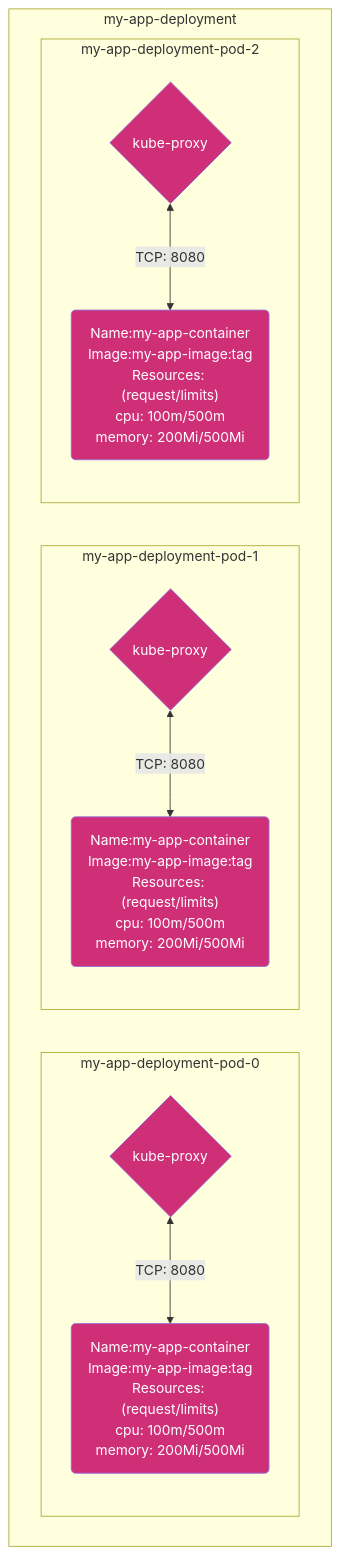
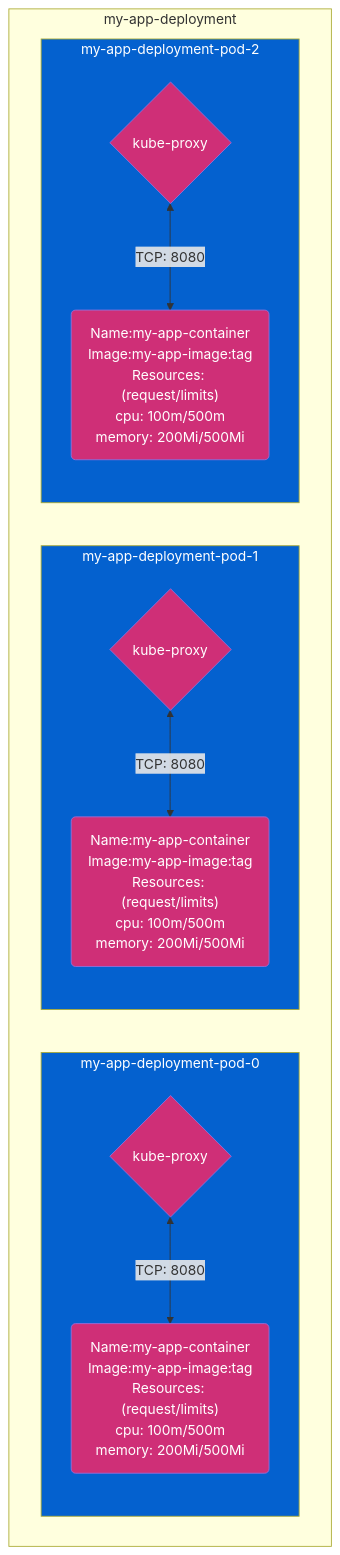
The first of 4 diagrams in README.md (TimRoos98/rendering), drawn with Mermaid before and after one commit.

````diff
--- a/README.md
+++ b/README.md
@@ -1,35 +1,38 @@
 ```mermaid
 flowchart TD
 subgraph my-app-deployment
 subgraph my-app-deployment-pod-0
+style my-app-deployment-pod-0 fill:#0461cf,color:#ffffff
 my-app-deployment-pod-0-proxy{kube-proxy}
 style my-app-deployment-pod-0-proxy fill:#cf2f77,color:#ffffff
 my-app-deployment-pod-0-proxy<--TCP: 8080-->my-app-deployment-pod-0-my-app-container("Name:my-app-container
 Image:my-app-image:tag
 Resources: (request/limits)
 cpu: 100m/500m
 memory: 200Mi/500Mi")
 style my-app-deployment-pod-0-my-app-container fill:#cf2f77,color:#ffffff
 end
 subgraph my-app-deployment-pod-1
+style my-app-deployment-pod-1 fill:#0461cf,color:#ffffff
 my-app-deployment-pod-1-proxy{kube-proxy}
 style my-app-deployment-pod-1-proxy fill:#cf2f77,color:#ffffff
 my-app-deployment-pod-1-proxy<--TCP: 8080-->my-app-deployment-pod-1-my-app-container("Name:my-app-container
 Image:my-app-image:tag
 Resources: (request/limits)
 cpu: 100m/500m
 memory: 200Mi/500Mi")
 style my-app-deployment-pod-1-my-app-container fill:#cf2f77,color:#ffffff
 end
 subgraph my-app-deployment-pod-2
+style my-app-deployment-pod-2 fill:#0461cf,color:#ffffff
 my-app-deployment-pod-2-proxy{kube-proxy}
 style my-app-deployment-pod-2-proxy fill:#cf2f77,color:#ffffff
 my-app-deployment-pod-2-proxy<--TCP: 8080-->my-app-deployment-pod-2-my-app-container("Name:my-app-container
 Image:my-app-image:tag
 Resources: (request/limits)
 cpu: 100m/500m
 memory: 200Mi/500Mi")
 style my-app-deployment-pod-2-my-app-container fill:#cf2f77,color:#ffffff
 end
 end
 ```
````
